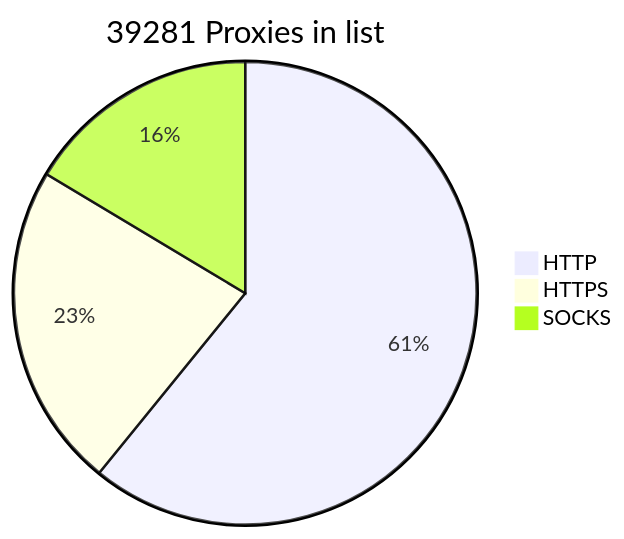
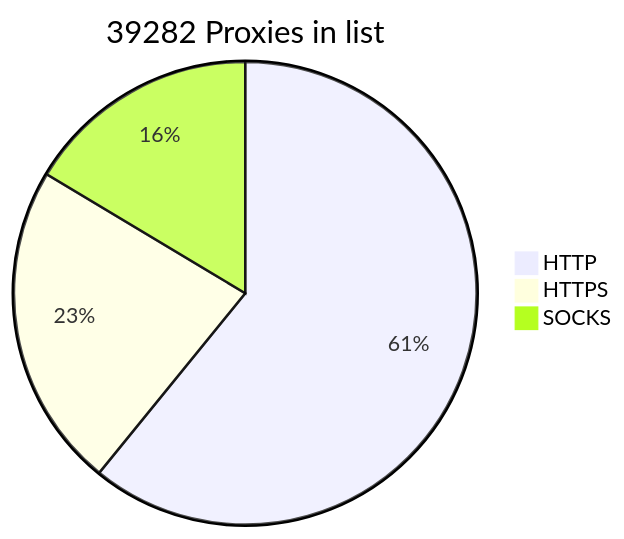
The diagram in README.md (BlackSnowDot/proxylist-update-every-minute), drawn with Mermaid before and after one commit.

````diff
--- a/README.md
+++ b/README.md
@@ -2,6 +2,6 @@
 ```mermaid
-pie title 39281 Proxies in list
-    "HTTP" : 28142
+pie title 39282 Proxies in list
+    "HTTP" : 28144
     "HTTPS": 10509
-    "SOCKS" : 7585
+    "SOCKS" : 7586
 ```
````
